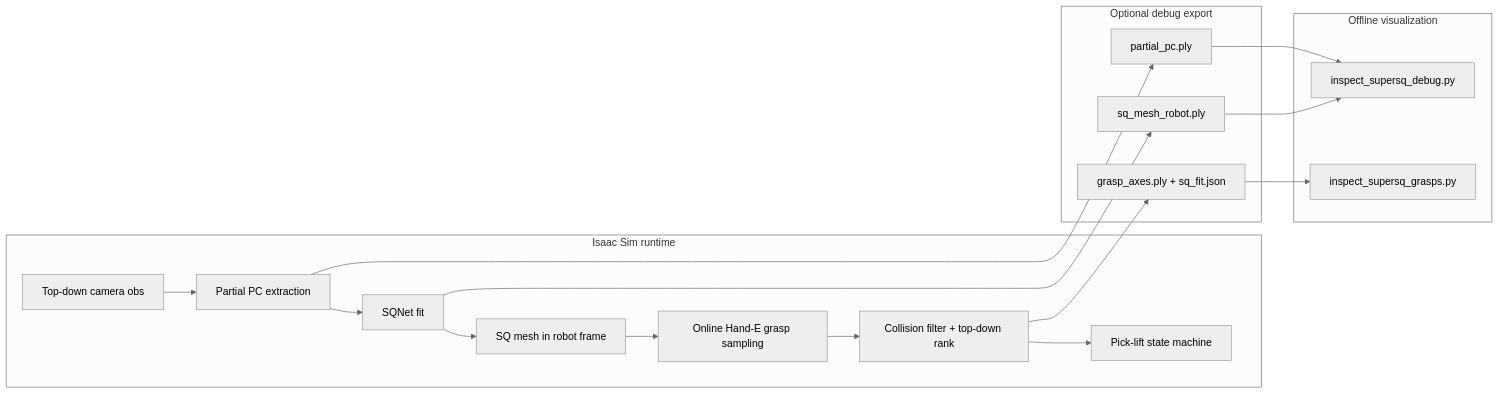
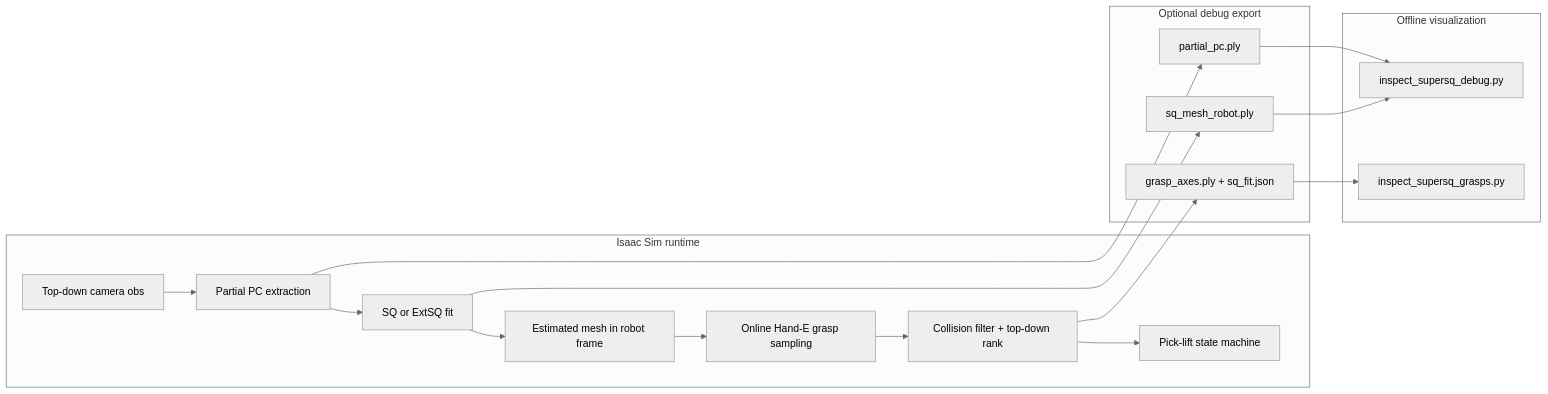
Before and after one commit to IlikeSukiyaki/MetaSQGraspnet_public: the diagram in metagrasp/MetaSQGrasp/docs/supersq_grasp_workflow.md, drawn with Mermaid (neutral theme). The commit also changed other lines of this file and 99 other files, not shown here.

````diff
--- a/metagrasp/MetaSQGrasp/docs/supersq_grasp_workflow.md
+++ b/metagrasp/MetaSQGrasp/docs/supersq_grasp_workflow.md
@@ -31,21 +31,21 @@
 ```mermaid
 flowchart LR
   subgraph sim [Isaac Sim runtime]
     Cam[Top-down camera obs] --> PC[Partial PC extraction]
-    PC --> SQNet[SQNet fit]
-    SQNet --> Mesh[SQ mesh in robot frame]
+    PC --> SqEst[SQ or ExtSQ fit]
+    SqEst --> Mesh[Estimated mesh in robot frame]
     Mesh --> Sample[Online Hand-E grasp sampling]
     Sample --> Rank[Collision filter + top-down rank]
     Rank --> Exec[Pick-lift state machine]
   end
   subgraph debug [Optional debug export]
     PC --> DbgPC[partial_pc.ply]
-    SQNet --> DbgMesh[sq_mesh_robot.ply]
+    SqEst --> DbgMesh[sq_mesh_robot.ply]
     Rank --> DbgGrasp[grasp_axes.ply + sq_fit.json]
   end
   subgraph viz [Offline visualization]
     DbgPC --> V1[inspect_supersq_debug.py]
     DbgMesh --> V1
     DbgGrasp --> V2[inspect_supersq_grasps.py]
   end
 ```
````
